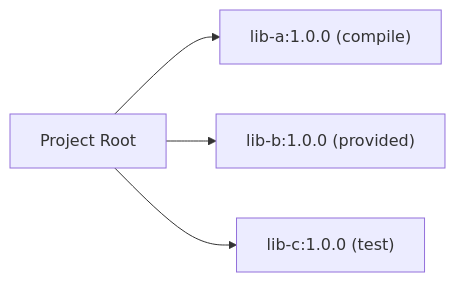
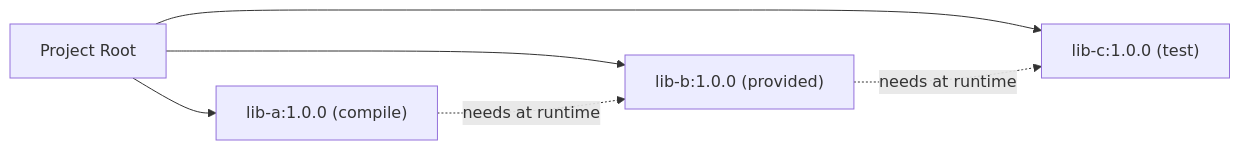
The diagram in demos/maven-demo/scenario-7-scopes/guide.qmd (JavaDependencyHell/fieldguide), drawn with Mermaid before and after one commit. The commit also changed other lines of this file and 208 other files, not shown here.

````diff
--- a/demos/maven-demo/scenario-7-scopes/guide.qmd
+++ b/demos/maven-demo/scenario-7-scopes/guide.qmd
@@ -18,7 +19,9 @@
 ```{mermaid}
 %%| fig-width: 4.4
 graph LR
     Root[Project Root] --> LibA["lib-a:1.0.0 (compile)"]
     Root --> LibB["lib-b:1.0.0 (provided)"]
     Root --> LibC["lib-c:1.0.0 (test)"]
+    LibA -. needs at runtime .-> LibB
+    LibB -. needs at runtime .-> LibC
 ```
````
